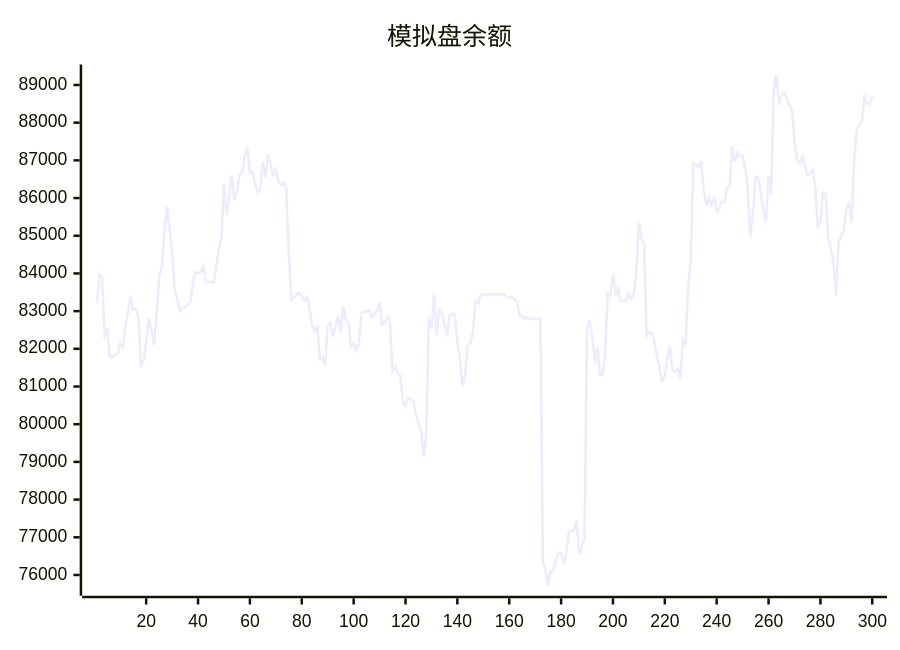
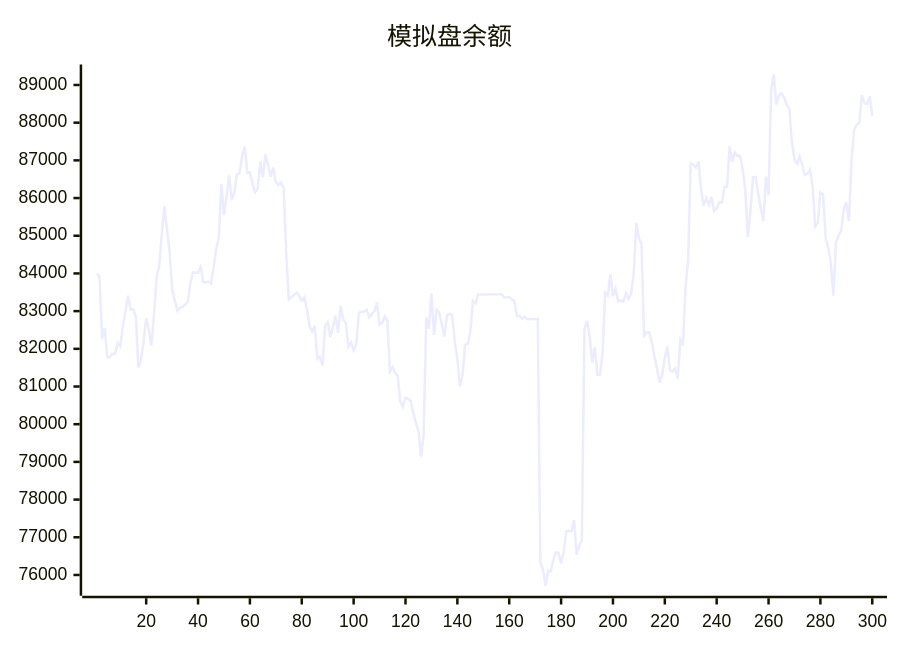
One commit to aahl/ai-trading changed the diagram in README.md. Above: the diagram before and after it, drawn with Mermaid. The commit also changed other lines of this file and 1 other file, not shown here.

````diff
--- a/README.md
+++ b/README.md
@@ -5,5 +5,5 @@
 ```mermaid
 xychart
     title "模拟盘余额"
-    line [83212,83993,83921,82270,82547,81776,81776,81866,81866,82158,82061,82596,83000,83408,83041,83050,82858,81503,81691,82188,82812,82517,82092,82901,83898,84180,85030,85781,85178,84604,83569,83298,83008,83093,83107,83175,83228,83729,84025,84017,84019,84177,83775,83762,83785,83738,84160,84639,84939,86370,85548,86046,86599,85942,86161,86622,86664,87115,87369,86666,86685,86384,86152,86243,86969,86548,87164,86885,86566,86809,86427,86348,86417,86273,84538,83299,83369,83430,83490,83404,83270,83362,83056,82605,82459,82614,81734,81788,81551,82598,82702,82320,82580,82878,82426,83139,82778,82686,82056,82166,81963,82110,82951,82983,82984,83038,82838,82915,82998,83235,82642,82682,82858,82746,81396,81512,81362,81277,80600,80461,80699,80673,80616,80288,80038,79836,79142,79722,82837,82533,83480,82366,83032,82960,82654,82330,82883,82934,82901,82188,81728,81005,81298,82110,82135,82449,83264,83203,83440,83439,83440,83440,83446,83447,83448,83447,83448,83449,83369,83369,83369,83313,83256,82872,82873,82801,82844,82785,82791,82791,82793,82794,76339,76145,75714,76110,76096,76397,76594,76585,76310,76607,77160,77170,77160,77456,76541,76774,76927,82520,82744,82337,81639,82040,81307,81314,81887,83490,83414,83984,83396,83594,83261,83287,83253,83470,83327,83465,83987,85348,84930,84786,82355,82433,82438,82167,81795,81466,81105,81315,81756,82064,81426,81398,81481,81210,82242,82099,83658,84359,86925,86892,86814,86980,86203,85802,86003,85811,86028,85657,85721,85896,85880,86300,86299,87378,86965,87214,87115,87118,86780,86238,84966,85623,86555,86562,86129,85722,85387,86569,86070,88870,89278,88477,88720,88781,88668,88467,88372,87493,87018,86917,87102,86870,86613,86644,86758,86317,85242,85334,86149,86106,84968,84671,84302,83410,84816,85001,85127,85693,85891,85384,87001,87811,87945,88007,88734,88528,88495,88705]
+    line [83993,83921,82270,82547,81776,81776,81866,81866,82158,82061,82596,83000,83408,83041,83050,82858,81503,81691,82188,82812,82517,82092,82901,83898,84180,85030,85781,85178,84604,83569,83298,83008,83093,83107,83175,83228,83729,84025,84017,84019,84177,83775,83762,83785,83738,84160,84639,84939,86370,85548,86046,86599,85942,86161,86622,86664,87115,87369,86666,86685,86384,86152,86243,86969,86548,87164,86885,86566,86809,86427,86348,86417,86273,84538,83299,83369,83430,83490,83404,83270,83362,83056,82605,82459,82614,81734,81788,81551,82598,82702,82320,82580,82878,82426,83139,82778,82686,82056,82166,81963,82110,82951,82983,82984,83038,82838,82915,82998,83235,82642,82682,82858,82746,81396,81512,81362,81277,80600,80461,80699,80673,80616,80288,80038,79836,79142,79722,82837,82533,83480,82366,83032,82960,82654,82330,82883,82934,82901,82188,81728,81005,81298,82110,82135,82449,83264,83203,83440,83439,83440,83440,83446,83447,83448,83447,83448,83449,83369,83369,83369,83313,83256,82872,82873,82801,82844,82785,82791,82791,82793,82794,76339,76145,75714,76110,76096,76397,76594,76585,76310,76607,77160,77170,77160,77456,76541,76774,76927,82520,82744,82337,81639,82040,81307,81314,81887,83490,83414,83984,83396,83594,83261,83287,83253,83470,83327,83465,83987,85348,84930,84786,82355,82433,82438,82167,81795,81466,81105,81315,81756,82064,81426,81398,81481,81210,82242,82099,83658,84359,86925,86892,86814,86980,86203,85802,86003,85811,86028,85657,85721,85896,85880,86300,86299,87378,86965,87214,87115,87118,86780,86238,84966,85623,86555,86562,86129,85722,85387,86569,86070,88870,89278,88477,88720,88781,88668,88467,88372,87493,87018,86917,87102,86870,86613,86644,86758,86317,85242,85334,86149,86106,84968,84671,84302,83410,84816,85001,85127,85693,85891,85384,87001,87811,87945,88007,88734,88528,88495,88705,88189]
 ```
````
